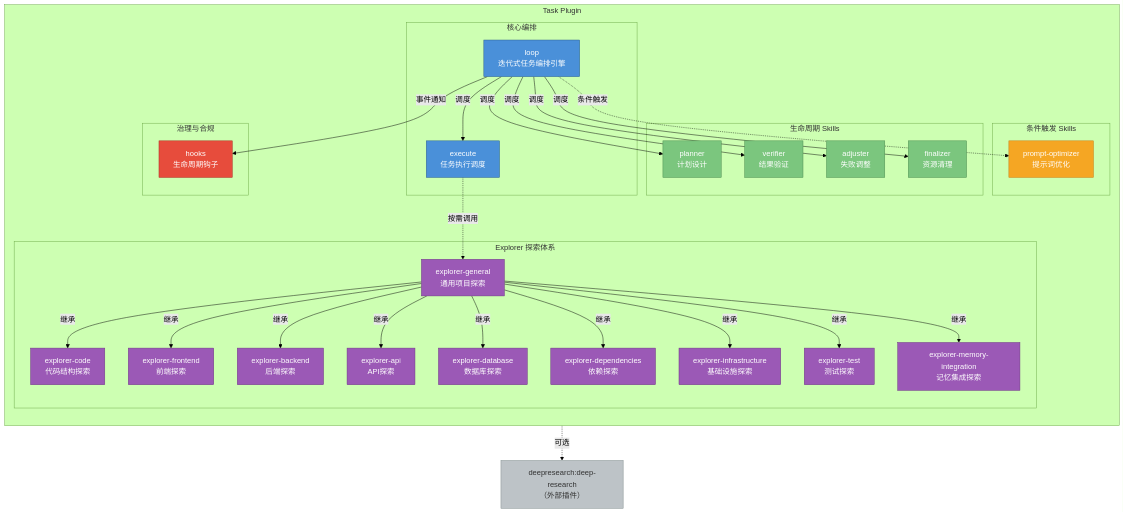
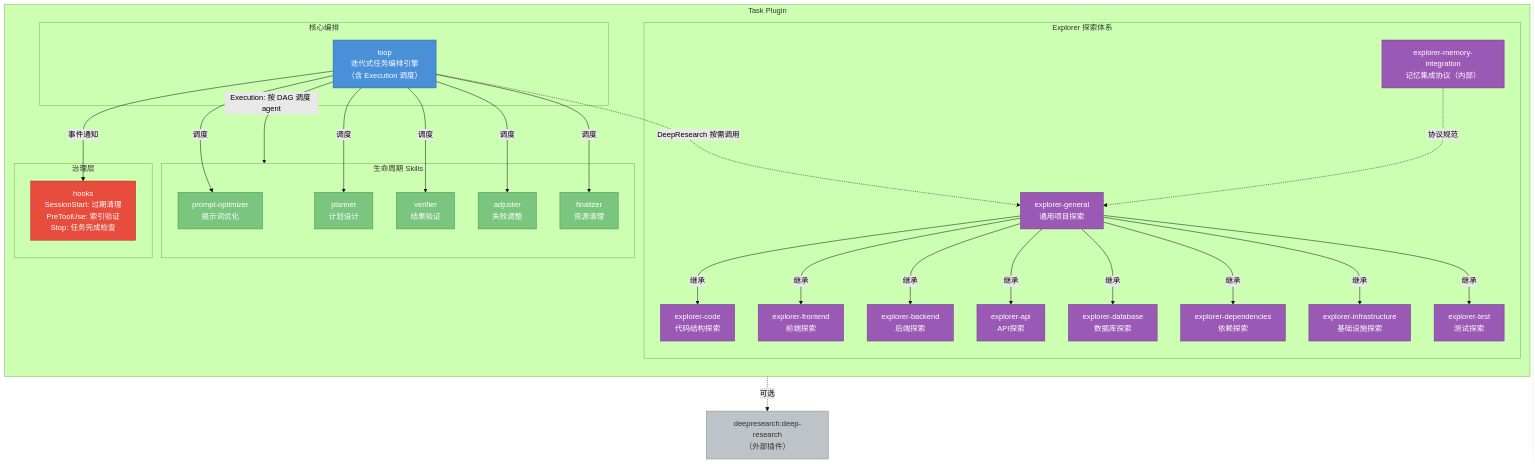
Before and after one commit to lazygophers/ccplugin: the diagram in plugins/tools/task/架构图.mmd, drawn with Mermaid (forest theme). The commit also changed 5 other files, not shown here.

First line of the commit message:
refactor(task): 移除 execute skill，整合 Execution 为 loop 自身逻辑

```diff
--- a/plugins/tools/task/架构图.mmd
+++ b/plugins/tools/task/架构图.mmd
@@ -1,84 +1,76 @@
 %% Task 插件组件架构图
 %% 展示 Skills 层级、Explorer 体系、辅助组件关系
 
 graph TB
     subgraph TaskPlugin["Task Plugin"]
         direction TB
 
         subgraph Core["核心编排"]
-            Loop["loop<br/>迭代式任务编排引擎"]
-            Execute["execute<br/>任务执行调度"]
+            Loop["loop<br/>迭代式任务编排引擎<br/>（含 Execution 调度）"]
         end
 
         subgraph LifecycleSkills["生命周期 Skills"]
+            PromptOpt["prompt-optimizer<br/>提示词优化"]
             Planner["planner<br/>计划设计"]
             Verifier["verifier<br/>结果验证"]
             Adjuster["adjuster<br/>失败调整"]
             Finalizer["finalizer<br/>资源清理"]
-        end
-
-        subgraph ConditionalSkills["条件触发 Skills"]
-            PromptOpt["prompt-optimizer<br/>提示词优化"]
         end
 
         subgraph ExplorerFamily["Explorer 探索体系"]
             ExGeneral["explorer-general<br/>通用项目探索"]
             ExCode["explorer-code<br/>代码结构探索"]
             ExFrontend["explorer-frontend<br/>前端探索"]
             ExBackend["explorer-backend<br/>后端探索"]
             ExAPI["explorer-api<br/>API探索"]
             ExDB["explorer-database<br/>数据库探索"]
             ExDeps["explorer-dependencies<br/>依赖探索"]
             ExInfra["explorer-infrastructure<br/>基础设施探索"]
             ExTest["explorer-test<br/>测试探索"]
-            ExMem["explorer-memory-integration<br/>记忆集成探索"]
+            ExMemProto["explorer-memory-integration<br/>记忆集成协议（内部）"]
         end
 
-        subgraph Governance["治理与合规"]
-            Hooks["hooks<br/>生命周期钩子"]
+        subgraph Governance["治理层"]
+            Hooks["hooks<br/>SessionStart: 过期清理<br/>PreToolUse: 索引验证<br/>Stop: 任务完成检查"]
         end
     end
 
     %% 核心编排关系
+    Loop -->|"调度"| PromptOpt
     Loop -->|"调度"| Planner
-    Loop -->|"调度"| Execute
+    Loop -->|"Execution: 按 DAG 调度 agent"| LifecycleSkills
     Loop -->|"调度"| Verifier
     Loop -->|"调度"| Adjuster
     Loop -->|"调度"| Finalizer
 
-    %% 条件触发阶段
-    Loop -.->|"条件触发"| PromptOpt
-
-    %% Execute 使用 Explorer
-    Execute -.->|"按需调用"| ExGeneral
+    %% Explorer 按需调用
+    Loop -.->|"DeepResearch 按需调用"| ExGeneral
     ExGeneral -->|"继承"| ExCode
     ExGeneral -->|"继承"| ExFrontend
     ExGeneral -->|"继承"| ExBackend
     ExGeneral -->|"继承"| ExAPI
     ExGeneral -->|"继承"| ExDB
     ExGeneral -->|"继承"| ExDeps
     ExGeneral -->|"继承"| ExInfra
     ExGeneral -->|"继承"| ExTest
-    ExGeneral -->|"继承"| ExMem
+    ExMemProto -.->|"协议规范"| ExGeneral
 
     %% 治理
     Loop -->|"事件通知"| Hooks
 
     %% 外部依赖
     DeepRes["deepresearch:deep-research<br/>（外部插件）"]
     Loop -.->|"可选"| DeepRes
 
     %% 样式
     classDef core fill:#4A90D9,stroke:#2C5F8A,color:#fff
     classDef lifecycle fill:#7BC67E,stroke:#4A8A4D,color:#fff
-    classDef optional fill:#F5A623,stroke:#C47D1A,color:#fff
     classDef explorer fill:#9B59B6,stroke:#6C3483,color:#fff
     classDef govern fill:#E74C3C,stroke:#A93226,color:#fff
     classDef external fill:#BDC3C7,stroke:#7F8C8D,color:#333
 
-    class Loop,Execute core
-    class Planner,Verifier,Adjuster,Finalizer lifecycle
-    class PromptOpt optional
-    class ExGeneral,ExCode,ExFrontend,ExBackend,ExAPI,ExDB,ExDeps,ExInfra,ExTest,ExMem explorer
+    class Loop core
+    class PromptOpt,Planner,Verifier,Adjuster,Finalizer lifecycle
+    class ExGeneral,ExCode,ExFrontend,ExBackend,ExAPI,ExDB,ExDeps,ExInfra,ExTest,ExMemProto explorer
     class Hooks govern
     class DeepRes external
```
